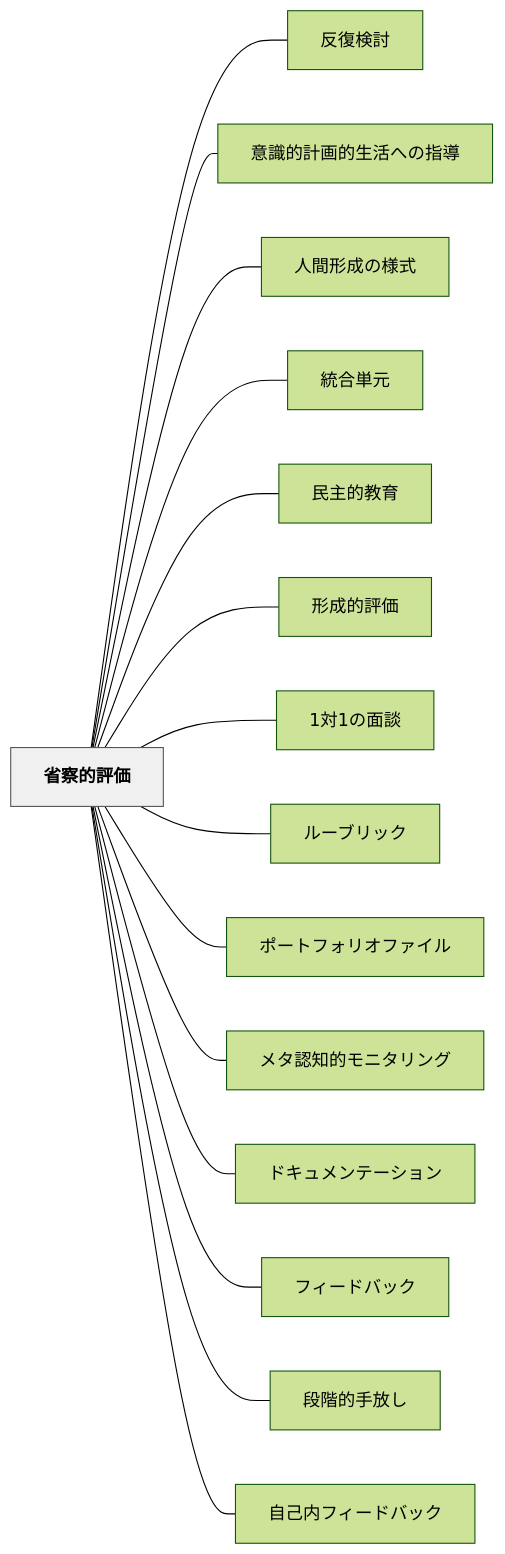
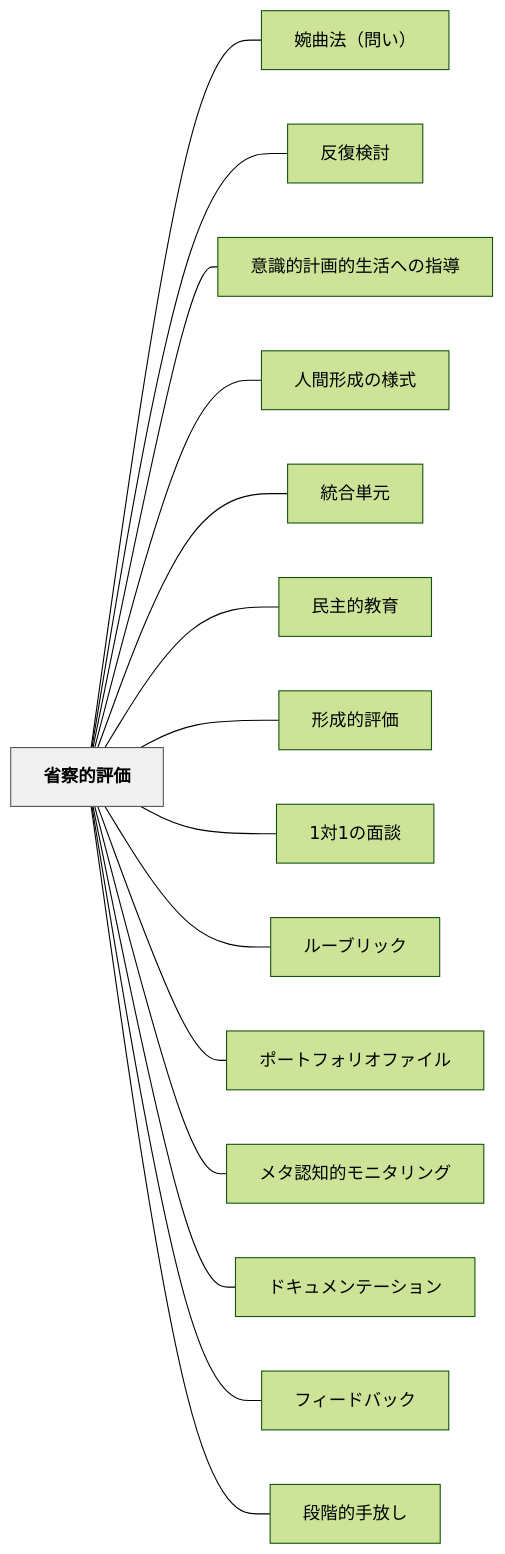
One commit to unknownthings-ed-patterns/unknownthings-ed-patterns changed the diagram in content/パタン/省察的評価.md. Above: the diagram before and after it, drawn with Mermaid (forest theme). The commit also changed other lines of this file and 38 other files, not shown here.

````diff
--- a/content/パタン/省察的評価.md
+++ b/content/パタン/省察的評価.md
@@ -212,36 +213,36 @@
 ```mermaid
 flowchart LR
     ne79c81e5af9fe79a84e8a995e4bea1["省察的評価"]
+    ne5a989e69bb2e6b395efbc88e5958fe38184efbc89["婉曲法（問い）"]
     ne58f8de5bea9e6a49ce8a88e["反復検討"]
     ne6848fe8ad98e79a84e8a888e794bbe79a84e7949fe6b4bbe381b8e381aee68c87e5b08e["意識的計画的生活への指導"]
     ne4babae99693e5bda2e68890e381aee6a798e5bc8f["人間形成の様式"]
     ne7b5b1e59088e58d98e58583["統合単元"]
     ne6b091e4b8bbe79a84e69599e882b2["民主的教育"]
     ne5bda2e68890e79a84e8a995e4bea1["形成的評価"]
     n31e5afbe31e381aee99da2e8ab87["1対1の面談"]
     ne383abe383bce38396e383aae38383e382af["ルーブリック"]
     ne3839de383bce38388e38395e382a9e383aae382aae38395e382a1e382a4e383ab["ポートフォリオファイル"]
     ne383a1e382bfe8aa8de79fa5e79a84e383a2e3838be382bfe383aae383b3e382b0["メタ認知的モニタリング"]
     ne38389e382ade383a5e383a1e383b3e38386e383bce382b7e383a7e383b3["ドキュメンテーション"]
     ne38395e382a3e383bce38389e38390e38383e382af["フィードバック"]
     ne6aeb5e99a8ee79a84e6898be694bee38197["段階的手放し"]
-    ne887aae5b7b1e58685e38395e382a3e383bce38389e38390e38383e382af["自己内フィードバック"]
 
+    ne79c81e5af9fe79a84e8a995e4bea1 --- ne5a989e69bb2e6b395efbc88e5958fe38184efbc89
     ne79c81e5af9fe79a84e8a995e4bea1 --- ne58f8de5bea9e6a49ce8a88e
     ne79c81e5af9fe79a84e8a995e4bea1 --- ne6848fe8ad98e79a84e8a888e794bbe79a84e7949fe6b4bbe381b8e381aee68c87e5b08e
     ne79c81e5af9fe79a84e8a995e4bea1 --- ne4babae99693e5bda2e68890e381aee6a798e5bc8f
     ne79c81e5af9fe79a84e8a995e4bea1 --- ne7b5b1e59088e58d98e58583
     ne79c81e5af9fe79a84e8a995e4bea1 --- ne6b091e4b8bbe79a84e69599e882b2
     ne79c81e5af9fe79a84e8a995e4bea1 --- ne5bda2e68890e79a84e8a995e4bea1
     ne79c81e5af9fe79a84e8a995e4bea1 --- n31e5afbe31e381aee99da2e8ab87
     ne79c81e5af9fe79a84e8a995e4bea1 --- ne383abe383bce38396e383aae38383e382af
     ne79c81e5af9fe79a84e8a995e4bea1 --- ne3839de383bce38388e38395e382a9e383aae382aae38395e382a1e382a4e383ab
     ne79c81e5af9fe79a84e8a995e4bea1 --- ne383a1e382bfe8aa8de79fa5e79a84e383a2e3838be382bfe383aae383b3e382b0
     ne79c81e5af9fe79a84e8a995e4bea1 --- ne38389e382ade383a5e383a1e383b3e38386e383bce382b7e383a7e383b3
     ne79c81e5af9fe79a84e8a995e4bea1 --- ne38395e382a3e383bce38389e38390e38383e382af
     ne79c81e5af9fe79a84e8a995e4bea1 --- ne6aeb5e99a8ee79a84e6898be694bee38197
-    ne79c81e5af9fe79a84e8a995e4bea1 --- ne887aae5b7b1e58685e38395e382a3e383bce38389e38390e38383e382af
 
     classDef hub fill:#f0f0f0,stroke:#555,color:#000,font-weight:bold
     class ne79c81e5af9fe79a84e8a995e4bea1 hub
 ```
````
